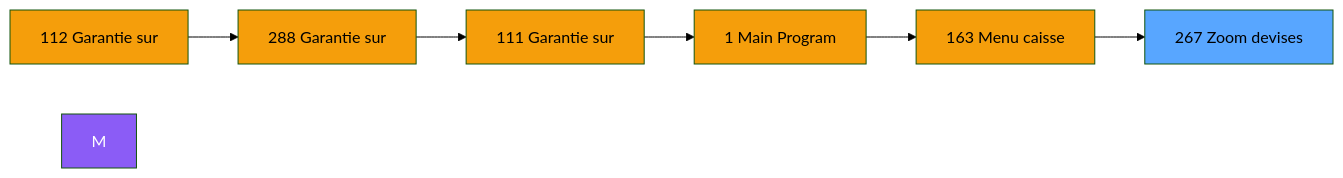
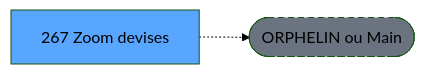
Before and after one commit to thonyAGP/lecteur-magic: the second of 3 diagrams in .openspec/specs/ADH-IDE-267.md, drawn with Mermaid (forest theme). The commit also changed other lines of this file and 701 other files, not shown here.

````diff
--- a/.openspec/specs/ADH-IDE-267.md
+++ b/.openspec/specs/ADH-IDE-267.md
@@ -118,21 +118,8 @@
 ```mermaid
 graph LR
-    N112[112 Garantie sur]
-    N288[288 Garantie sur]
-    N111[111 Garantie sur]
-    N1[1 Main Program]
-    N163[163 Menu caisse ]
     T[267 Zoom devises]
-    N112 --> N288
-    N288 --> N111
-    N111 --> N1
-    N1 --> N163
-    N163 --> T
-    style M fill:#8b5cf6,color:#fff
-    style N112 fill:#f59e0b
-    style N288 fill:#f59e0b
-    style N111 fill:#f59e0b
-    style N1 fill:#f59e0b
-    style N163 fill:#f59e0b
+    ORPHAN([ORPHELIN ou Main])
+    T -.-> ORPHAN
     style T fill:#58a6ff,color:#000
+    style ORPHAN fill:#6b7280,stroke-dasharray: 5 5
 ```
````
